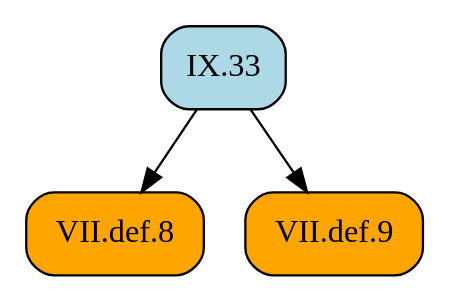
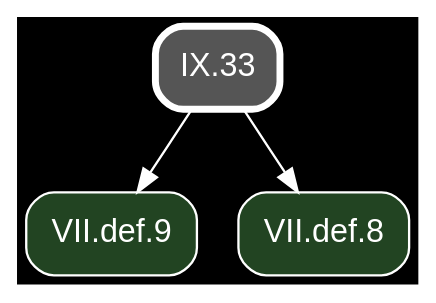
The diagram in docsrc/heath/IX/33/index.rst (geometor/elements), drawn with Graphviz before and after one commit. The commit also changed other lines of this file and 1200 other files, not shown here.

Commit message:
update dependency graphs

```diff
--- a/docsrc/heath/IX/33/index.rst
+++ b/docsrc/heath/IX/33/index.rst
@@ -32,11 +32,13 @@
 .. graphviz::
 
    digraph {
+     bgcolor="black";
+     node [shape=box, style="rounded,filled", fontname="Helvetica", color="white", fontcolor="white"];
+     edge [color="white", fontcolor="white"];
      rankdir="TB";
-     node [shape=box, style=rounded];
-     "VII.def.8" [style="rounded,filled", fillcolor=orange, URL="/heath/VII/def.8/", target="_top"];
-     "IX.33" [style="rounded,filled", fillcolor=lightblue, URL="/heath/IX/33/", target="_top"];
-     "VII.def.9" [style="rounded,filled", fillcolor=orange, URL="/heath/VII/def.9/", target="_top"];
+     "VII.def.9" [fillcolor="#224422", URL="/heath/VII/def.9/", target="_top"];
+     "VII.def.8" [fillcolor="#224422", URL="/heath/VII/def.8/", target="_top"];
+     "IX.33" [penwidth=3, color="white", fillcolor="#555555", URL="/heath/IX/33/", target="_top"];
+     "IX.33" -> "VII.def.9";
      "IX.33" -> "VII.def.8";
-     "IX.33" -> "VII.def.9";
    }
```
